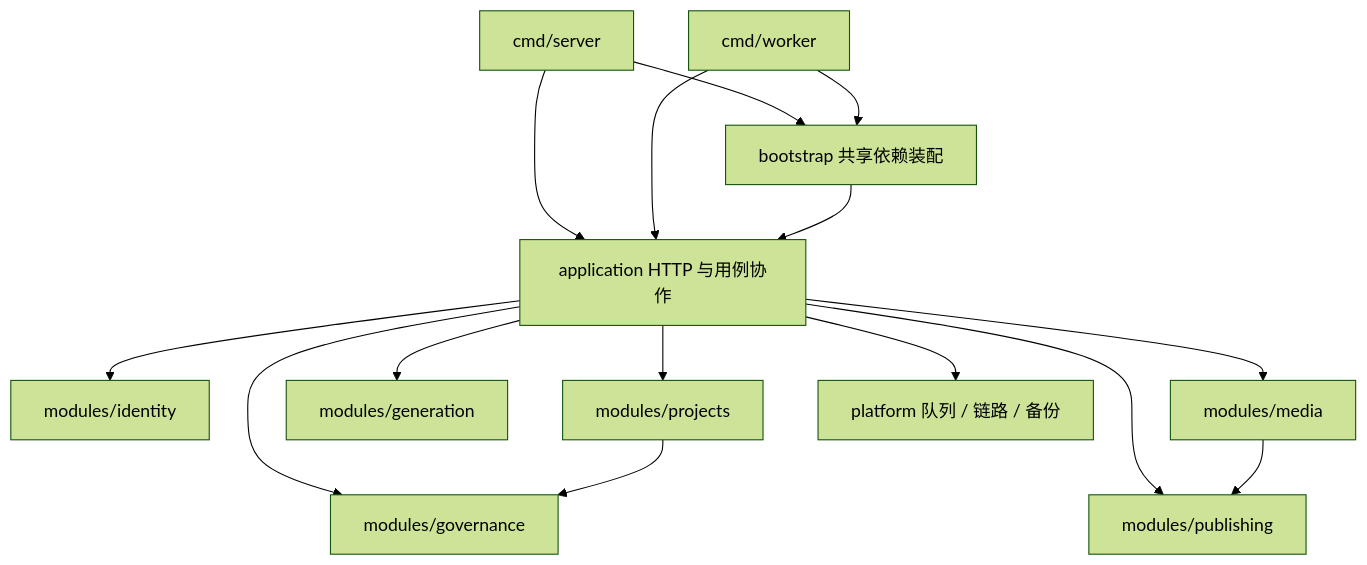
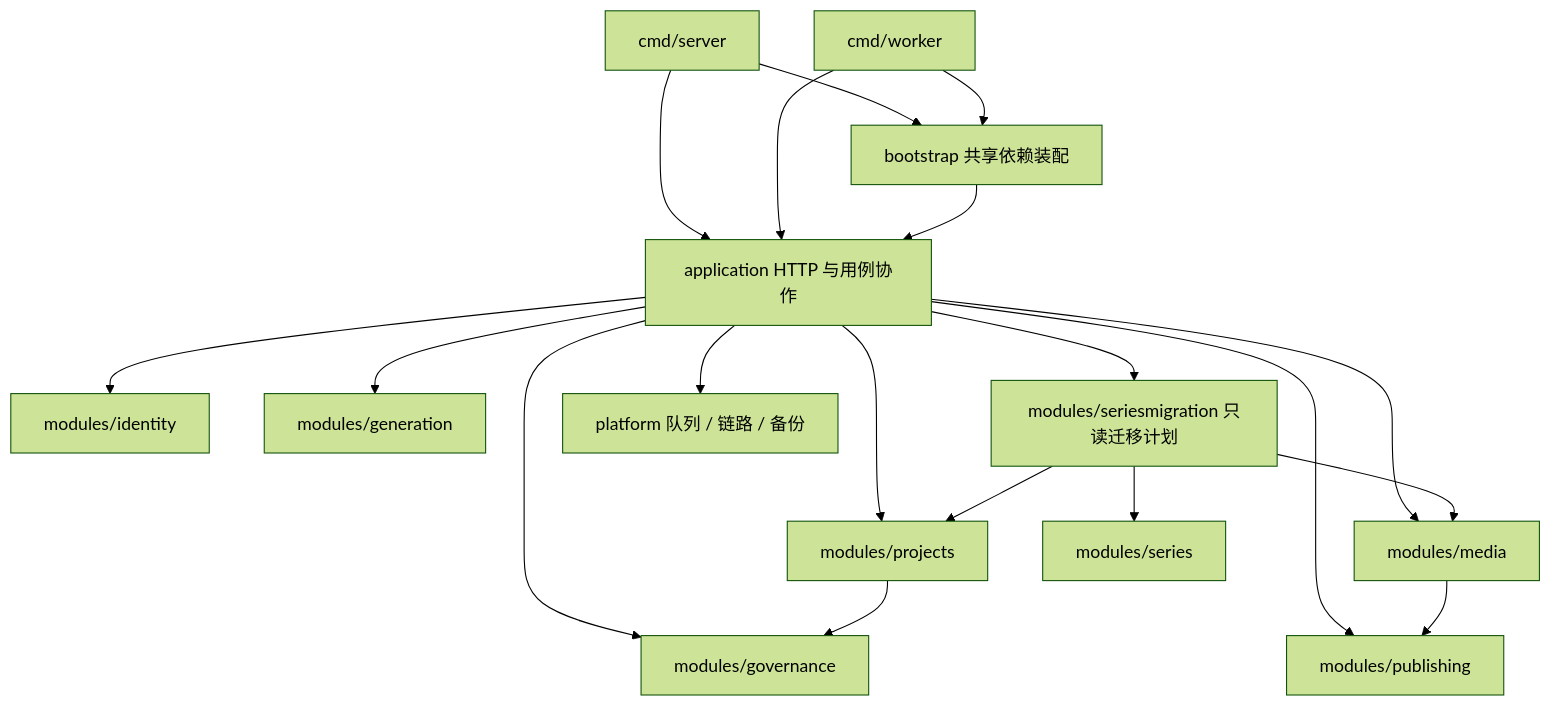
The diagram in docs/architecture.md (adcwb/ai-creative-studio), drawn with Mermaid (forest theme) before and after one commit. The commit also changed other lines of this file and 44 other files, not shown here.

````diff
--- a/docs/architecture.md
+++ b/docs/architecture.md
@@ -9,17 +9,21 @@
 ```mermaid
 flowchart TD
   API[cmd/server] --> Bootstrap[bootstrap 共享依赖装配]
   Worker[cmd/worker] --> Bootstrap
   API --> App[application HTTP 与用例协作]
   Worker --> App
   Bootstrap --> App
   App --> Identity[modules/identity]
   App --> Projects[modules/projects]
   App --> Generation[modules/generation]
   App --> Media[modules/media]
   App --> Publishing[modules/publishing]
   App --> Governance[modules/governance]
+  App --> Migration[modules/seriesmigration 只读迁移计划]
+  Migration --> Projects
+  Migration --> Media
+  Migration --> Series[modules/series]
   Projects --> Governance
   Media --> Publishing
   App --> Platform[platform 队列 / 链路 / 备份]
 ```
````
